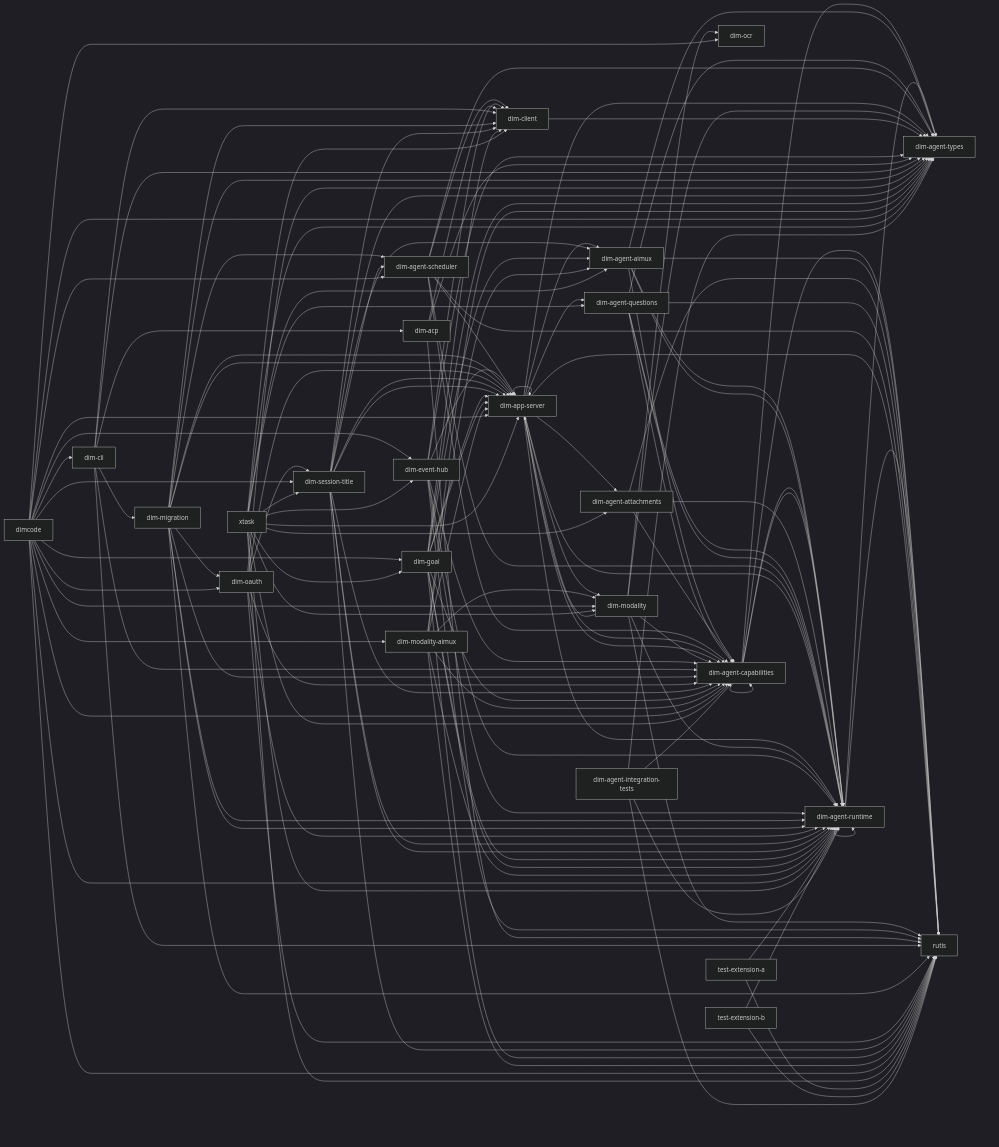
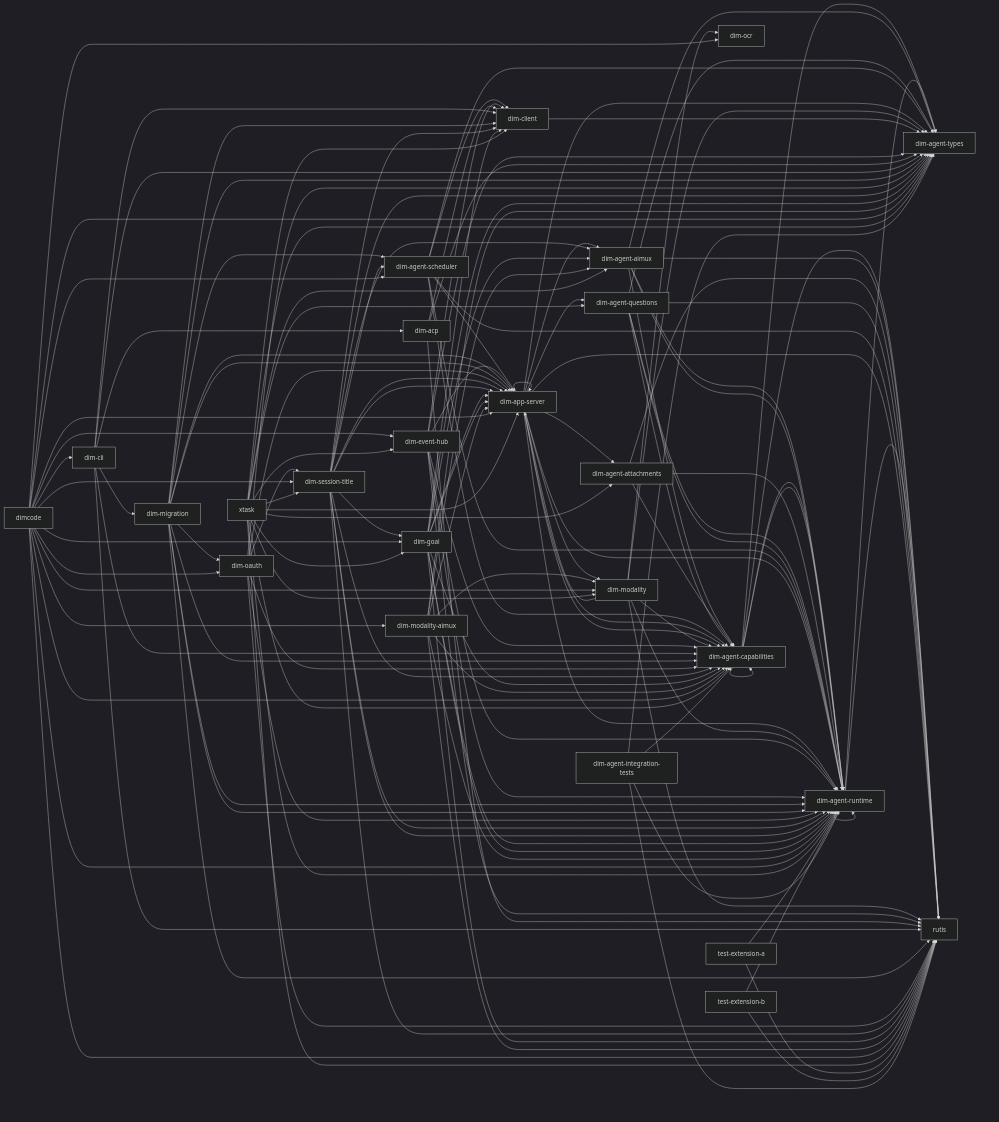
One commit to CoutinhoTTS/dim-agent changed the diagram in docs/architecture/rust-agent/generated/crates.mmd. Above: the diagram before and after it, drawn with Mermaid (dark theme). The commit also changed 6 other files, not shown here.

First line of the commit message:
fix(session-title): title a Goal-first Session from its objective

```diff
--- a/docs/architecture/rust-agent/generated/crates.mmd
+++ b/docs/architecture/rust-agent/generated/crates.mmd
@@ -1,140 +1,141 @@
 %% Generated from cargo metadata; do not edit.
 flowchart LR
   dim_agent_runtime["dim-agent-runtime"] --> dim_agent_types["dim-agent-types"]
   dim_agent_runtime["dim-agent-runtime"] --> rutis["rutis"]
   dim_agent_runtime["dim-agent-runtime"] --> dim_agent_runtime["dim-agent-runtime"]
   dim_agent_capabilities["dim-agent-capabilities"] --> dim_agent_runtime["dim-agent-runtime"]
   dim_agent_capabilities["dim-agent-capabilities"] --> dim_agent_types["dim-agent-types"]
   dim_agent_capabilities["dim-agent-capabilities"] --> rutis["rutis"]
   dim_agent_capabilities["dim-agent-capabilities"] --> dim_agent_capabilities["dim-agent-capabilities"]
   dim_agent_capabilities["dim-agent-capabilities"] --> dim_agent_runtime["dim-agent-runtime"]
   dim_agent_aimux["dim-agent-aimux"] --> dim_agent_capabilities["dim-agent-capabilities"]
   dim_agent_aimux["dim-agent-aimux"] --> dim_agent_runtime["dim-agent-runtime"]
   dim_agent_aimux["dim-agent-aimux"] --> dim_agent_types["dim-agent-types"]
   dim_agent_aimux["dim-agent-aimux"] --> rutis["rutis"]
   dim_agent_aimux["dim-agent-aimux"] --> dim_agent_runtime["dim-agent-runtime"]
   dim_agent_attachments["dim-agent-attachments"] --> dim_agent_capabilities["dim-agent-capabilities"]
   dim_agent_attachments["dim-agent-attachments"] --> dim_agent_runtime["dim-agent-runtime"]
   dim_agent_attachments["dim-agent-attachments"] --> rutis["rutis"]
   dim_agent_questions["dim-agent-questions"] --> dim_agent_capabilities["dim-agent-capabilities"]
   dim_agent_questions["dim-agent-questions"] --> dim_agent_runtime["dim-agent-runtime"]
   dim_agent_questions["dim-agent-questions"] --> dim_agent_types["dim-agent-types"]
   dim_agent_questions["dim-agent-questions"] --> rutis["rutis"]
   dim_agent_questions["dim-agent-questions"] --> dim_agent_runtime["dim-agent-runtime"]
   dim_agent_scheduler["dim-agent-scheduler"] --> dim_agent_capabilities["dim-agent-capabilities"]
   dim_agent_scheduler["dim-agent-scheduler"] --> dim_agent_runtime["dim-agent-runtime"]
   dim_agent_scheduler["dim-agent-scheduler"] --> dim_agent_types["dim-agent-types"]
   dim_agent_scheduler["dim-agent-scheduler"] --> dim_app_server["dim-app-server"]
   dim_agent_scheduler["dim-agent-scheduler"] --> rutis["rutis"]
   dim_agent_scheduler["dim-agent-scheduler"] --> dim_client["dim-client"]
   dim_app_server["dim-app-server"] --> dim_agent_aimux["dim-agent-aimux"]
   dim_app_server["dim-app-server"] --> dim_agent_attachments["dim-agent-attachments"]
   dim_app_server["dim-app-server"] --> dim_agent_capabilities["dim-agent-capabilities"]
   dim_app_server["dim-app-server"] --> dim_agent_questions["dim-agent-questions"]
   dim_app_server["dim-app-server"] --> dim_agent_runtime["dim-agent-runtime"]
   dim_app_server["dim-app-server"] --> dim_agent_types["dim-agent-types"]
   dim_app_server["dim-app-server"] --> rutis["rutis"]
   dim_app_server["dim-app-server"] --> dim_agent_capabilities["dim-agent-capabilities"]
   dim_app_server["dim-app-server"] --> dim_agent_runtime["dim-agent-runtime"]
   dim_app_server["dim-app-server"] --> dim_app_server["dim-app-server"]
   dim_app_server["dim-app-server"] --> dim_modality["dim-modality"]
   dim_modality["dim-modality"] --> dim_agent_capabilities["dim-agent-capabilities"]
   dim_modality["dim-modality"] --> dim_agent_runtime["dim-agent-runtime"]
   dim_modality["dim-modality"] --> dim_agent_types["dim-agent-types"]
   dim_modality["dim-modality"] --> dim_app_server["dim-app-server"]
   dim_modality["dim-modality"] --> dim_ocr["dim-ocr"]
   dim_modality["dim-modality"] --> rutis["rutis"]
   dim_client["dim-client"] --> dim_agent_types["dim-agent-types"]
   dim_event_hub["dim-event-hub"] --> dim_agent_capabilities["dim-agent-capabilities"]
   dim_event_hub["dim-event-hub"] --> dim_agent_runtime["dim-agent-runtime"]
   dim_event_hub["dim-event-hub"] --> dim_agent_types["dim-agent-types"]
   dim_event_hub["dim-event-hub"] --> dim_app_server["dim-app-server"]
   dim_event_hub["dim-event-hub"] --> rutis["rutis"]
   dim_event_hub["dim-event-hub"] --> dim_agent_runtime["dim-agent-runtime"]
   dim_event_hub["dim-event-hub"] --> dim_client["dim-client"]
   dim_acp["dim-acp"] --> dim_agent_types["dim-agent-types"]
   dim_acp["dim-acp"] --> dim_client["dim-client"]
   dim_acp["dim-acp"] --> rutis["rutis"]
   dim_cli["dim-cli"] --> dim_acp["dim-acp"]
   dim_cli["dim-cli"] --> dim_agent_capabilities["dim-agent-capabilities"]
   dim_cli["dim-cli"] --> dim_agent_types["dim-agent-types"]
   dim_cli["dim-cli"] --> dim_client["dim-client"]
   dim_cli["dim-cli"] --> dim_migration["dim-migration"]
   dim_cli["dim-cli"] --> rutis["rutis"]
   dim_migration["dim-migration"] --> dim_agent_capabilities["dim-agent-capabilities"]
   dim_migration["dim-migration"] --> dim_agent_runtime["dim-agent-runtime"]
   dim_migration["dim-migration"] --> dim_agent_types["dim-agent-types"]
   dim_migration["dim-migration"] --> dim_app_server["dim-app-server"]
   dim_migration["dim-migration"] --> rutis["rutis"]
   dim_migration["dim-migration"] --> dim_agent_runtime["dim-agent-runtime"]
   dim_migration["dim-migration"] --> dim_agent_scheduler["dim-agent-scheduler"]
   dim_migration["dim-migration"] --> dim_app_server["dim-app-server"]
   dim_migration["dim-migration"] --> dim_client["dim-client"]
   dim_migration["dim-migration"] --> dim_oauth["dim-oauth"]
   dim_oauth["dim-oauth"] --> dim_agent_capabilities["dim-agent-capabilities"]
   dim_oauth["dim-oauth"] --> dim_agent_runtime["dim-agent-runtime"]
   dim_oauth["dim-oauth"] --> dim_app_server["dim-app-server"]
   dim_oauth["dim-oauth"] --> dim_session_title["dim-session-title"]
   dim_oauth["dim-oauth"] --> rutis["rutis"]
   dim_oauth["dim-oauth"] --> dim_agent_types["dim-agent-types"]
   dim_session_title["dim-session-title"] --> dim_agent_capabilities["dim-agent-capabilities"]
   dim_session_title["dim-session-title"] --> dim_agent_runtime["dim-agent-runtime"]
   dim_session_title["dim-session-title"] --> dim_agent_types["dim-agent-types"]
   dim_session_title["dim-session-title"] --> dim_app_server["dim-app-server"]
   dim_session_title["dim-session-title"] --> rutis["rutis"]
   dim_session_title["dim-session-title"] --> dim_agent_aimux["dim-agent-aimux"]
   dim_session_title["dim-session-title"] --> dim_agent_runtime["dim-agent-runtime"]
   dim_session_title["dim-session-title"] --> dim_agent_scheduler["dim-agent-scheduler"]
   dim_session_title["dim-session-title"] --> dim_app_server["dim-app-server"]
   dim_session_title["dim-session-title"] --> dim_client["dim-client"]
+  dim_session_title["dim-session-title"] --> dim_goal["dim-goal"]
   dim_goal["dim-goal"] --> dim_agent_capabilities["dim-agent-capabilities"]
   dim_goal["dim-goal"] --> dim_agent_runtime["dim-agent-runtime"]
   dim_goal["dim-goal"] --> dim_agent_types["dim-agent-types"]
   dim_goal["dim-goal"] --> dim_app_server["dim-app-server"]
   dim_goal["dim-goal"] --> rutis["rutis"]
   dim_goal["dim-goal"] --> dim_agent_aimux["dim-agent-aimux"]
   dim_goal["dim-goal"] --> dim_agent_runtime["dim-agent-runtime"]
   dim_goal["dim-goal"] --> dim_app_server["dim-app-server"]
   dim_goal["dim-goal"] --> dim_client["dim-client"]
   dim_modality_aimux["dim-modality-aimux"] --> dim_agent_aimux["dim-agent-aimux"]
   dim_modality_aimux["dim-modality-aimux"] --> dim_agent_capabilities["dim-agent-capabilities"]
   dim_modality_aimux["dim-modality-aimux"] --> dim_agent_runtime["dim-agent-runtime"]
   dim_modality_aimux["dim-modality-aimux"] --> dim_agent_types["dim-agent-types"]
   dim_modality_aimux["dim-modality-aimux"] --> dim_modality["dim-modality"]
   dim_modality_aimux["dim-modality-aimux"] --> rutis["rutis"]
   dim_modality_aimux["dim-modality-aimux"] --> dim_app_server["dim-app-server"]
   dimcode["dimcode"] --> dim_agent_runtime["dim-agent-runtime"]
   dimcode["dimcode"] --> dim_agent_scheduler["dim-agent-scheduler"]
   dimcode["dimcode"] --> dim_app_server["dim-app-server"]
   dimcode["dimcode"] --> dim_cli["dim-cli"]
   dimcode["dimcode"] --> dim_event_hub["dim-event-hub"]
   dimcode["dimcode"] --> dim_goal["dim-goal"]
   dimcode["dimcode"] --> dim_modality["dim-modality"]
   dimcode["dimcode"] --> dim_modality_aimux["dim-modality-aimux"]
   dimcode["dimcode"] --> dim_oauth["dim-oauth"]
   dimcode["dimcode"] --> dim_ocr["dim-ocr"]
   dimcode["dimcode"] --> dim_session_title["dim-session-title"]
   dimcode["dimcode"] --> dim_agent_capabilities["dim-agent-capabilities"]
   dimcode["dimcode"] --> dim_agent_types["dim-agent-types"]
   dimcode["dimcode"] --> rutis["rutis"]
   xtask["xtask"] --> dim_agent_aimux["dim-agent-aimux"]
   xtask["xtask"] --> dim_agent_attachments["dim-agent-attachments"]
   xtask["xtask"] --> dim_agent_capabilities["dim-agent-capabilities"]
   xtask["xtask"] --> dim_agent_questions["dim-agent-questions"]
   xtask["xtask"] --> dim_agent_runtime["dim-agent-runtime"]
   xtask["xtask"] --> dim_agent_types["dim-agent-types"]
   xtask["xtask"] --> dim_app_server["dim-app-server"]
   xtask["xtask"] --> dim_client["dim-client"]
   xtask["xtask"] --> dim_event_hub["dim-event-hub"]
   xtask["xtask"] --> dim_goal["dim-goal"]
   xtask["xtask"] --> dim_modality["dim-modality"]
   xtask["xtask"] --> dim_session_title["dim-session-title"]
   xtask["xtask"] --> rutis["rutis"]
   test_extension_a["test-extension-a"] --> dim_agent_runtime["dim-agent-runtime"]
   test_extension_a["test-extension-a"] --> rutis["rutis"]
   test_extension_b["test-extension-b"] --> dim_agent_runtime["dim-agent-runtime"]
   test_extension_b["test-extension-b"] --> rutis["rutis"]
   dim_agent_integration_tests["dim-agent-integration-tests"] --> dim_agent_capabilities["dim-agent-capabilities"]
   dim_agent_integration_tests["dim-agent-integration-tests"] --> dim_agent_runtime["dim-agent-runtime"]
   dim_agent_integration_tests["dim-agent-integration-tests"] --> dim_agent_types["dim-agent-types"]
   dim_agent_integration_tests["dim-agent-integration-tests"] --> rutis["rutis"]
```
